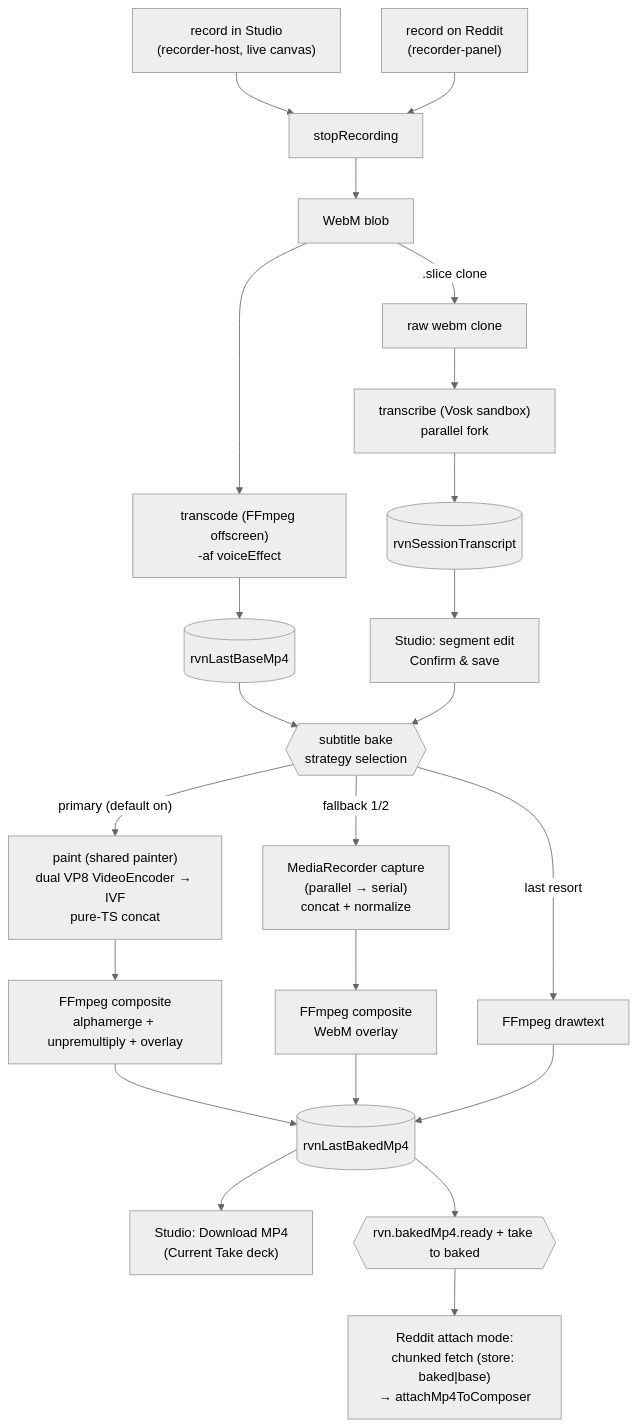
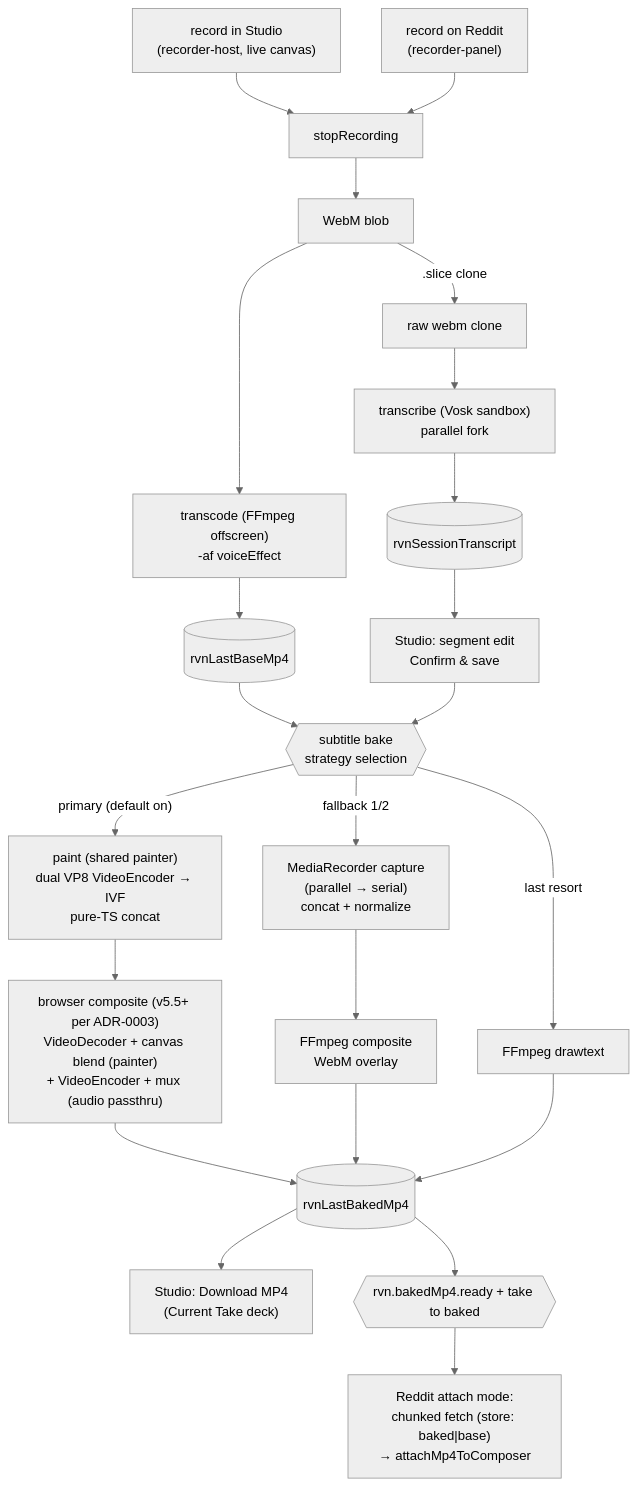
The second of 5 diagrams in docs/architecture/architecture-map.md (bra-khet/reddit-voice-notes-chrome), drawn with Mermaid (neutral theme) before and after one commit. The commit also changed other lines of this file and 2 other files, not shown here.

Commit message:
Sprint: Accept browser-side full composite in ADR-0003; update H9 + risks + map (per user directive)

````diff
--- a/docs/architecture/architecture-map.md
+++ b/docs/architecture/architecture-map.md
@@ -82,25 +83,25 @@
 ```mermaid
 flowchart TD
   RS["record in Studio<br/>(recorder-host, live canvas)"] --> STOP[stopRecording]
   RR["record on Reddit<br/>(recorder-panel)"] --> STOP
   STOP --> WEBM[WebM blob]
   WEBM -- ".slice clone" --> CLONE[raw webm clone]
   WEBM --> TC["transcode (FFmpeg offscreen)<br/>-af voiceEffect"]
   CLONE --> TR["transcribe (Vosk sandbox)<br/>parallel fork"]
   TC --> BASE[(rvnLastBaseMp4)]
   TR --> SESS[(rvnSessionTranscript)]
   SESS --> EDIT["Studio: segment edit<br/>Confirm & save"]
   BASE --> BAKE
   EDIT --> BAKE{{"subtitle bake<br/>strategy selection"}}
   BAKE -- "primary (default on)" --> WC["paint (shared painter)<br/>dual VP8 VideoEncoder → IVF<br/>pure-TS concat"]
   BAKE -- "fallback 1/2" --> MR["MediaRecorder capture<br/>(parallel → serial)<br/>concat + normalize"]
   BAKE -- "last resort" --> DT["FFmpeg drawtext"]
-  WC --> COMP["FFmpeg composite<br/>alphamerge + unpremultiply + overlay"]
+  WC --> COMP["browser composite (v5.5+ per ADR-0003)<br/>VideoDecoder + canvas blend (painter)<br/>+ VideoEncoder + mux (audio passthru)"]
   MR --> COMP2["FFmpeg composite<br/>WebM overlay"]
   COMP --> BAKED[(rvnLastBakedMp4)]
   COMP2 --> BAKED
   DT --> BAKED
   BAKED --> DECK["Studio: Download MP4<br/>(Current Take deck)"]
   BAKED --> SIG{{"rvn.bakedMp4.ready + take to baked"}}
   SIG --> ATTACH["Reddit attach mode:<br/>chunked fetch (store: baked|base)<br/>→ attachMp4ToComposer"]
 ```
````
